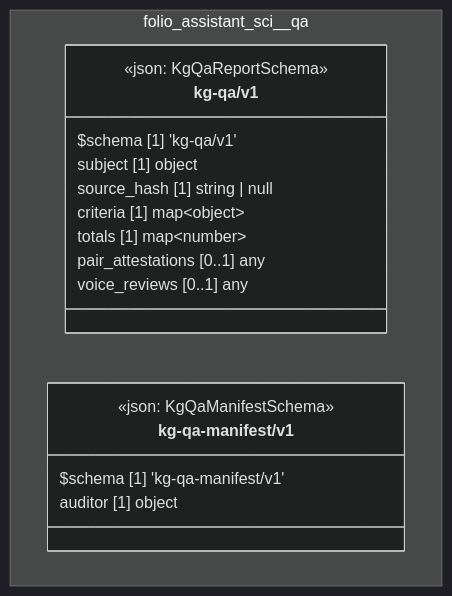
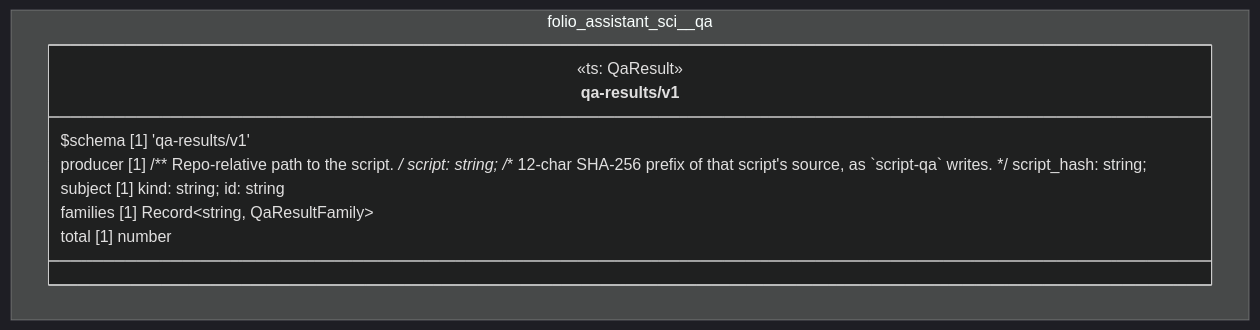
Before and after one commit to litlfred/cat-harness: the diagram in docs/uml/overview/folio-assistant-sci/qa.md, drawn with Mermaid (dark theme). The commit also changed other lines of this file and 406 other files, not shown here.

````diff
--- a/docs/uml/overview/folio-assistant-sci/qa.md
+++ b/docs/uml/overview/folio-assistant-sci/qa.md
@@ -42,23 +42,15 @@
 ```mermaid
 classDiagram
   direction TB
   namespace folio_assistant_sci__qa {
-    class folio_assistant_sci_qa_kg_qa_v1_kg_qa_v1["kg-qa/v1"] {
-      <<json: KgQaReportSchema>>
-      $schema [1] 'kg-qa/v1'
-      subject [1] object
-      source_hash [1] string | null
-      criteria [1] map~object~
-      totals [1] map~number~
-      pair_attestations [0..1] any
-      voice_reviews [0..1] any
-    }
-    class folio_assistant_sci_qa_kg_qa_manifest_v1_kg_qa_manifest_v1["kg-qa-manifest/v1"] {
-      <<json: KgQaManifestSchema>>
-      $schema [1] 'kg-qa-manifest/v1'
-      auditor [1] object
+    class folio_assistant_sci_qa_qa_results_v1["qa-results/v1"] {
+      <<ts: QaResult>>
+      $schema [1] 'qa-results/v1'
+      producer [1]  /** Repo-relative path to the script. */ script: string; /** 12-char SHA-256 prefix of that script's source, as `script-qa` writes. */ script_hash: string; 
+      subject [1]  kind: string; id: string 
+      families [1] Record~string, QaResultFamily~
+      total [1] number
     }
   }
-  cssClass "folio_assistant_sci_qa_kg_qa_v1_kg_qa_v1" fa_uml_kind_qa
-  cssClass "folio_assistant_sci_qa_kg_qa_manifest_v1_kg_qa_manifest_v1" fa_uml_kind_qa
+  cssClass "folio_assistant_sci_qa_qa_results_v1" fa_uml_kind_qa
 ```
````
